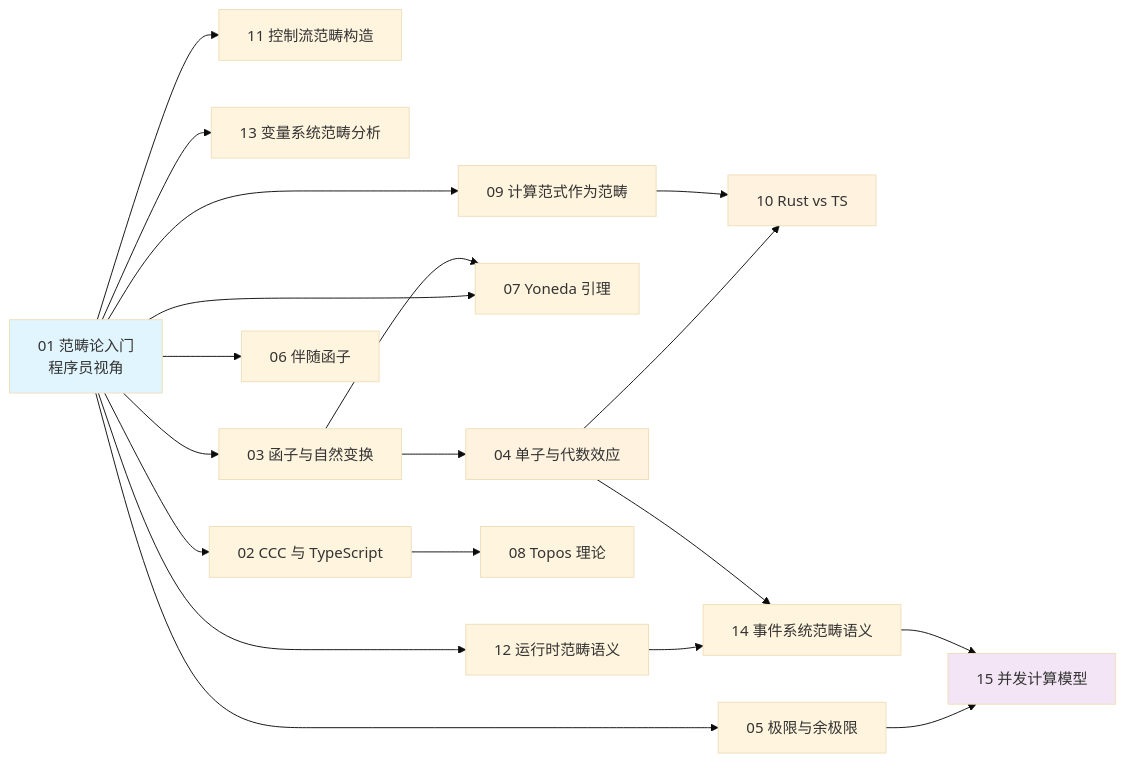
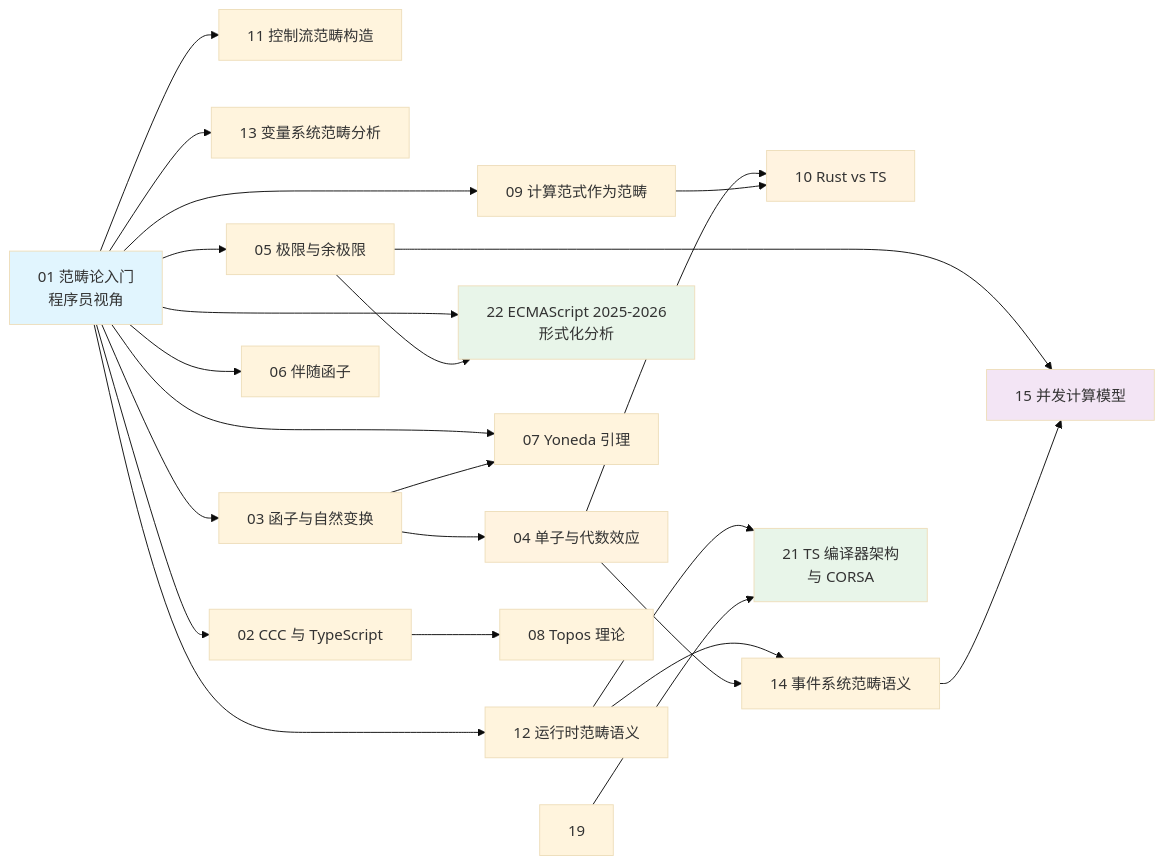
Before and after one commit to AdaMartin18010/JavaScriptTypeScript: the second of 9 diagrams in 70-theoretical-foundations/KNOWLEDGE_GRAPH.md, drawn with Mermaid (base theme). The commit also changed other lines of this file and 64 other files, not shown here.

````diff
--- a/70-theoretical-foundations/KNOWLEDGE_GRAPH.md
+++ b/70-theoretical-foundations/KNOWLEDGE_GRAPH.md
@@ -54,27 +54,33 @@
 ```mermaid
 graph LR
     01["01 范畴论入门<br/>程序员视角"] --> 02["02 CCC 与 TypeScript"]
     01 --> 03["03 函子与自然变换"]
     01 --> 05["05 极限与余极限"]
     01 --> 06["06 伴随函子"]
     01 --> 07["07 Yoneda 引理"]
     01 --> 09["09 计算范式作为范畴"]
     01 --> 11["11 控制流范畴构造"]
     01 --> 12["12 运行时范畴语义"]
     01 --> 13["13 变量系统范畴分析"]
 
     02 --> 08["08 Topos 理论"]
     03 --> 04["04 单子与代数效应"]
     03 --> 07
     04 --> 10["10 Rust vs TS"]
     05 --> 15["15 并发计算模型"]
     09 --> 10
     12 --> 14["14 事件系统范畴语义"]
     04 --> 14
     14 --> 15
+    12 --> 21["21 TS 编译器架构<br/>与 CORSA"]
+    19 --> 21
+    01 --> 22["22 ECMAScript 2025-2026<br/>形式化分析"]
+    05 --> 22
 
     style 01 fill:#e1f5fe
     style 04 fill:#fff3e0
     style 10 fill:#fff3e0
     style 15 fill:#f3e5f5
+    style 21 fill:#e8f5e9
+    style 22 fill:#e8f5e9
 ```
````
